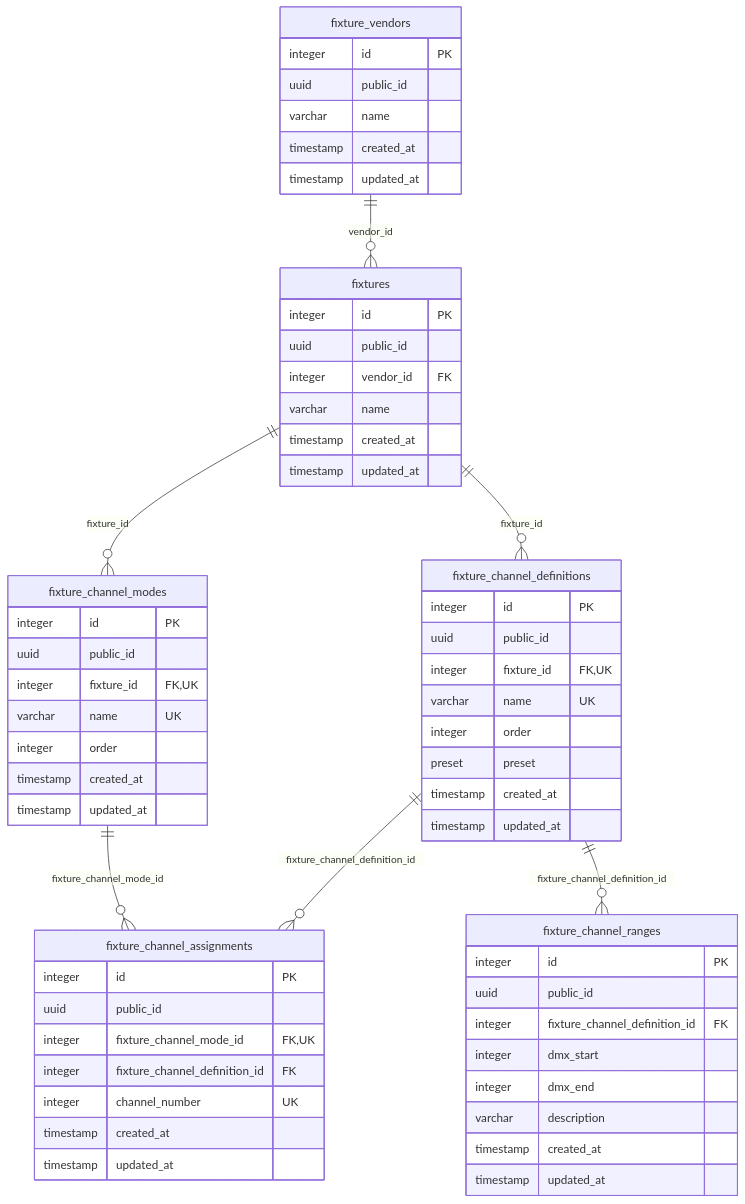
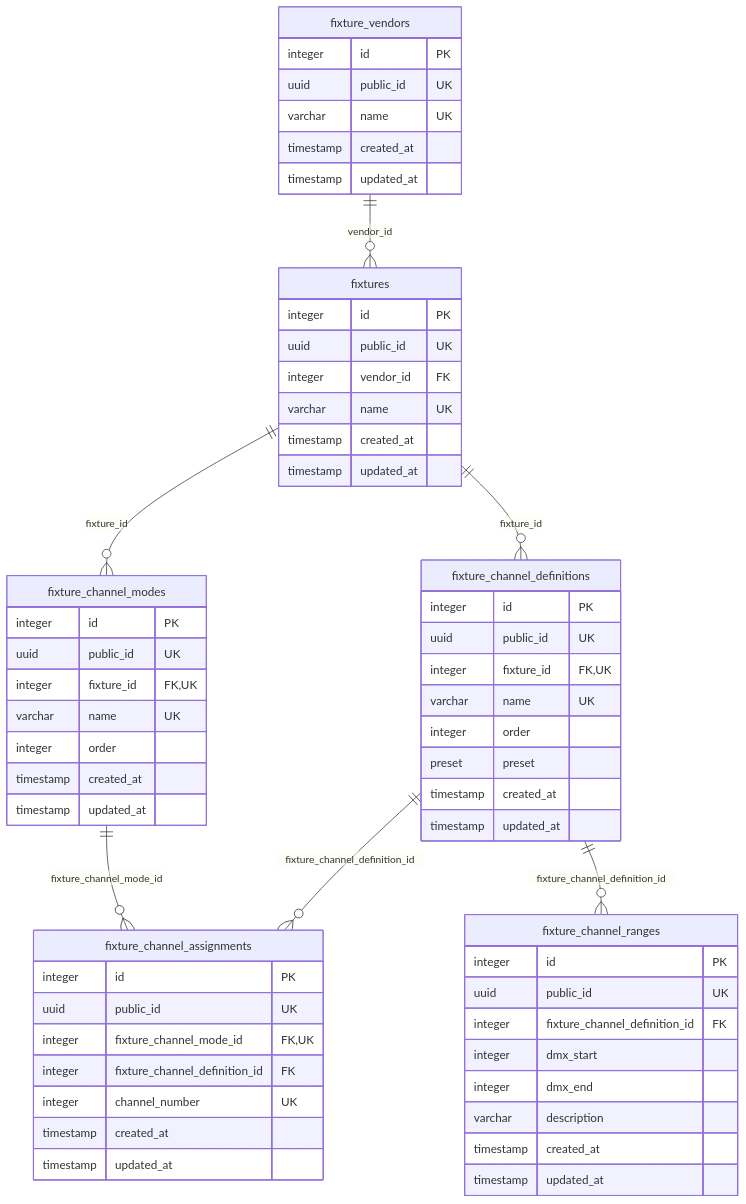
Before and after one commit to hsimpson/dmx-light-control: the diagram in apps/backend/docs/database-schema.md, drawn with Mermaid. The commit also changed 48 other files, not shown here.

````diff
--- a/apps/backend/docs/database-schema.md
+++ b/apps/backend/docs/database-schema.md
@@ -5,62 +5,62 @@
 ```mermaid
 erDiagram
     fixture_vendors ||--o{ fixtures : "vendor_id"
     fixture_channel_modes ||--o{ fixture_channel_assignments : "fixture_channel_mode_id"
     fixture_channel_definitions ||--o{ fixture_channel_assignments : "fixture_channel_definition_id"
     fixtures ||--o{ fixture_channel_definitions : "fixture_id"
     fixtures ||--o{ fixture_channel_modes : "fixture_id"
     fixture_channel_definitions ||--o{ fixture_channel_ranges : "fixture_channel_definition_id"
     fixtures {
         integer id PK
-        uuid public_id
+        uuid public_id UK
         integer vendor_id FK
-        varchar name
+        varchar name UK
         timestamp created_at
         timestamp updated_at
     }
     fixture_channel_assignments {
         integer id PK
-        uuid public_id
+        uuid public_id UK
         integer fixture_channel_mode_id FK,UK
         integer fixture_channel_definition_id FK
         integer channel_number UK
         timestamp created_at
         timestamp updated_at
     }
     fixture_channel_definitions {
         integer id PK
-        uuid public_id
+        uuid public_id UK
         integer fixture_id FK,UK
         varchar name UK
         integer order
         preset preset
         timestamp created_at
         timestamp updated_at
     }
     fixture_channel_modes {
         integer id PK
-        uuid public_id
+        uuid public_id UK
         integer fixture_id FK,UK
         varchar name UK
         integer order
         timestamp created_at
         timestamp updated_at
     }
     fixture_channel_ranges {
         integer id PK
-        uuid public_id
+        uuid public_id UK
         integer fixture_channel_definition_id FK
         integer dmx_start
         integer dmx_end
         varchar description
         timestamp created_at
         timestamp updated_at
     }
     fixture_vendors {
         integer id PK
-        uuid public_id
-        varchar name
+        uuid public_id UK
+        varchar name UK
         timestamp created_at
         timestamp updated_at
     }
 ```
````
